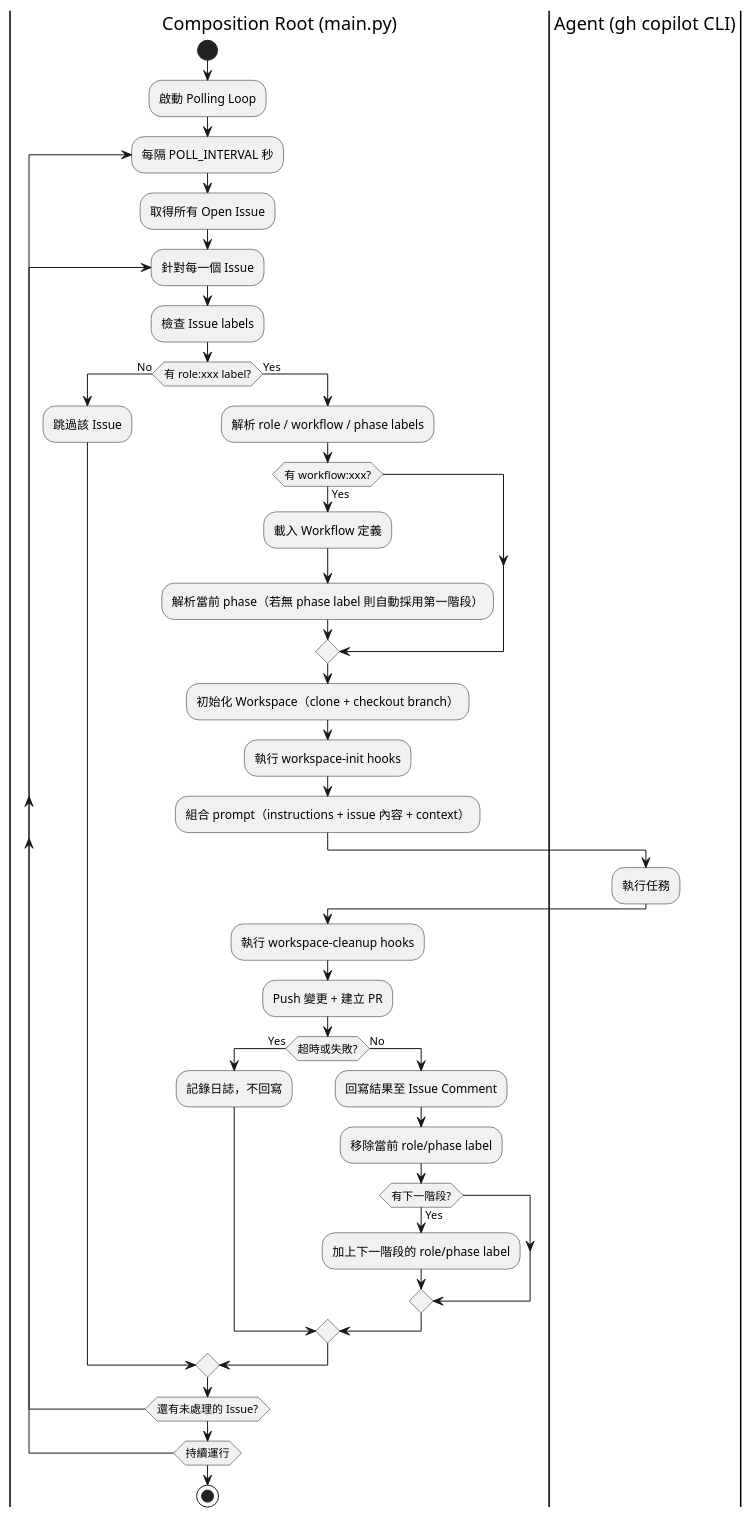
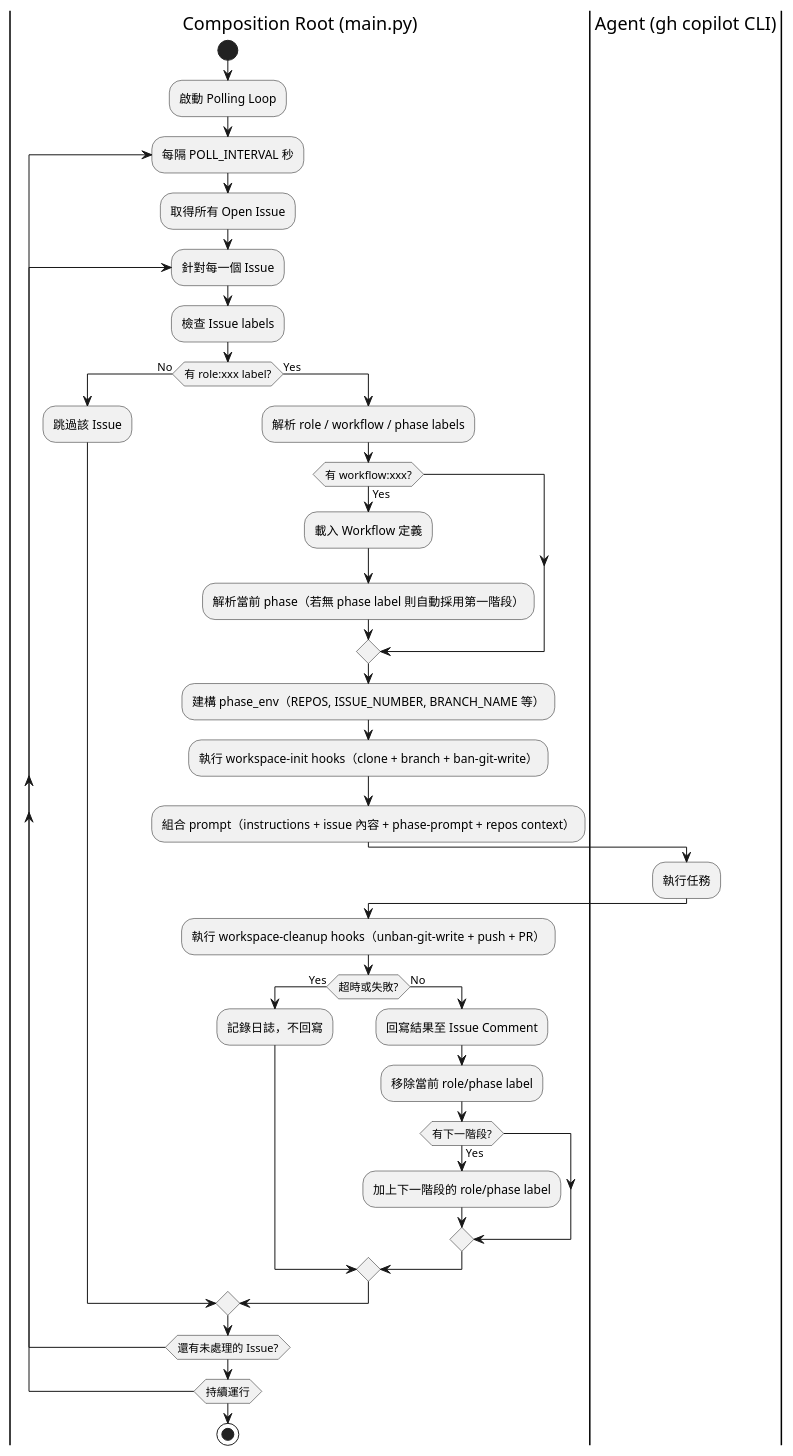
The diagram in docs/01-requirements.md (FATESAIKOU/LearnGhAgent), drawn with PlantUML before and after one commit. The commit also changed other lines of this file and 18 other files, not shown here.

````diff
--- a/docs/01-requirements.md
+++ b/docs/01-requirements.md
@@ -44,51 +43,50 @@
 ```plantuml
 @startuml
 skinparam defaultFontName sans-serif
 
 |Composition Root (main.py)|
 start
 :啟動 Polling Loop;
 
 repeat :每隔 POLL_INTERVAL 秒;
   :取得所有 Open Issue;
 
   repeat :針對每一個 Issue;
     :檢查 Issue labels;
 
     if (有 role:xxx label?) then (No)
       :跳過該 Issue;
     else (Yes)
       :解析 role / workflow / phase labels;
 
       if (有 workflow:xxx?) then (Yes)
         :載入 Workflow 定義;
         :解析當前 phase（若無 phase label 則自動採用第一階段）;
       endif
 
-      :初始化 Workspace（clone + checkout branch）;
-      :執行 workspace-init hooks;
-      :組合 prompt（instructions + issue 內容 + context）;
+      :建構 phase_env（REPOS, ISSUE_NUMBER, BRANCH_NAME 等）;
+      :執行 workspace-init hooks（clone + branch + ban-git-write）;
+      :組合 prompt（instructions + issue 內容 + phase-prompt + repos context）;
 
       |Agent (gh copilot CLI)|
       :執行任務;
       |Composition Root (main.py)|
 
-      :執行 workspace-cleanup hooks;
-      :Push 變更 + 建立 PR;
+      :執行 workspace-cleanup hooks（unban-git-write + push + PR）;
 
       if (超時或失敗?) then (Yes)
         :記錄日誌，不回寫;
       else (No)
         :回寫結果至 Issue Comment;
         :移除當前 role/phase label;
         if (有下一階段?) then (Yes)
           :加上下一階段的 role/phase label;
         endif
       endif
     endif
   repeat while (還有未處理的 Issue?)
 repeat while (持續運行)
 
 stop
 @enduml
 ```
````
